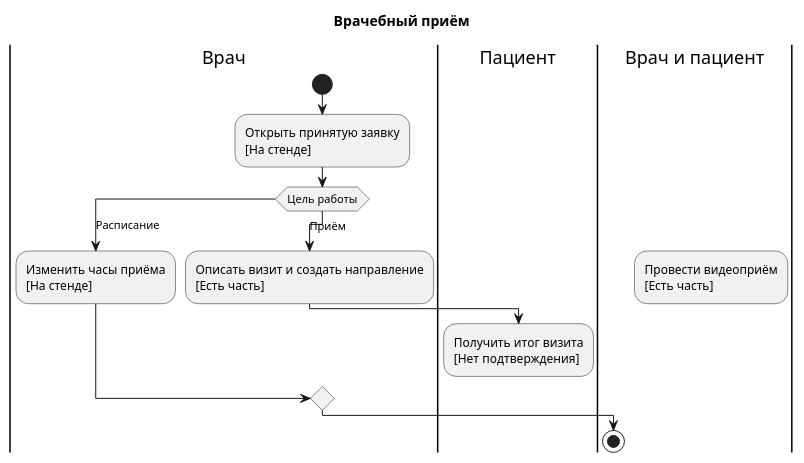
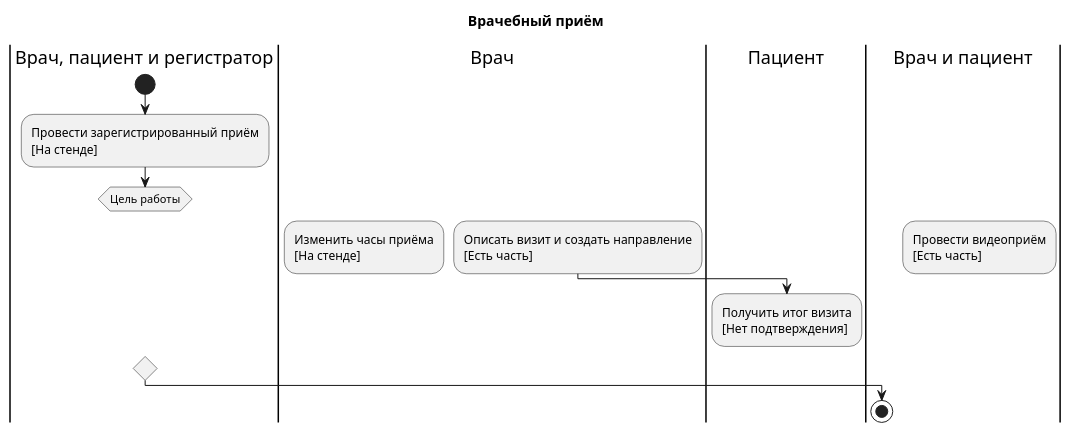
One commit to medbookdev/medbook-readiness changed the diagram in visit.puml. Above: the diagram before and after it, drawn with PlantUML. The commit also changed 13 other files, not shown here.

```diff
--- a/visit.puml
+++ b/visit.puml
@@ -1,21 +1,21 @@
 @startuml
 title Врачебный приём
-|Врач|
+|Врач, пациент и регистратор|
 start
-|Врач|
-:Открыть принятую заявку\n[На стенде];
+|Врач, пациент и регистратор|
+:Провести зарегистрированный приём\n[На стенде];
 switch (Цель работы)
 case (Расписание)
 |Врач|
 :Изменить часы приёма\n[На стенде];
 case (Приём)
 |Врач|
 :Описать визит и создать направление\n[Есть часть];
 |Пациент|
 :Получить итог визита\n[Нет подтверждения];
 case (Видеоконсультация)
 |Врач и пациент|
 :Провести видеоприём\n[Есть часть];
 endswitch
 stop
 @enduml
```
